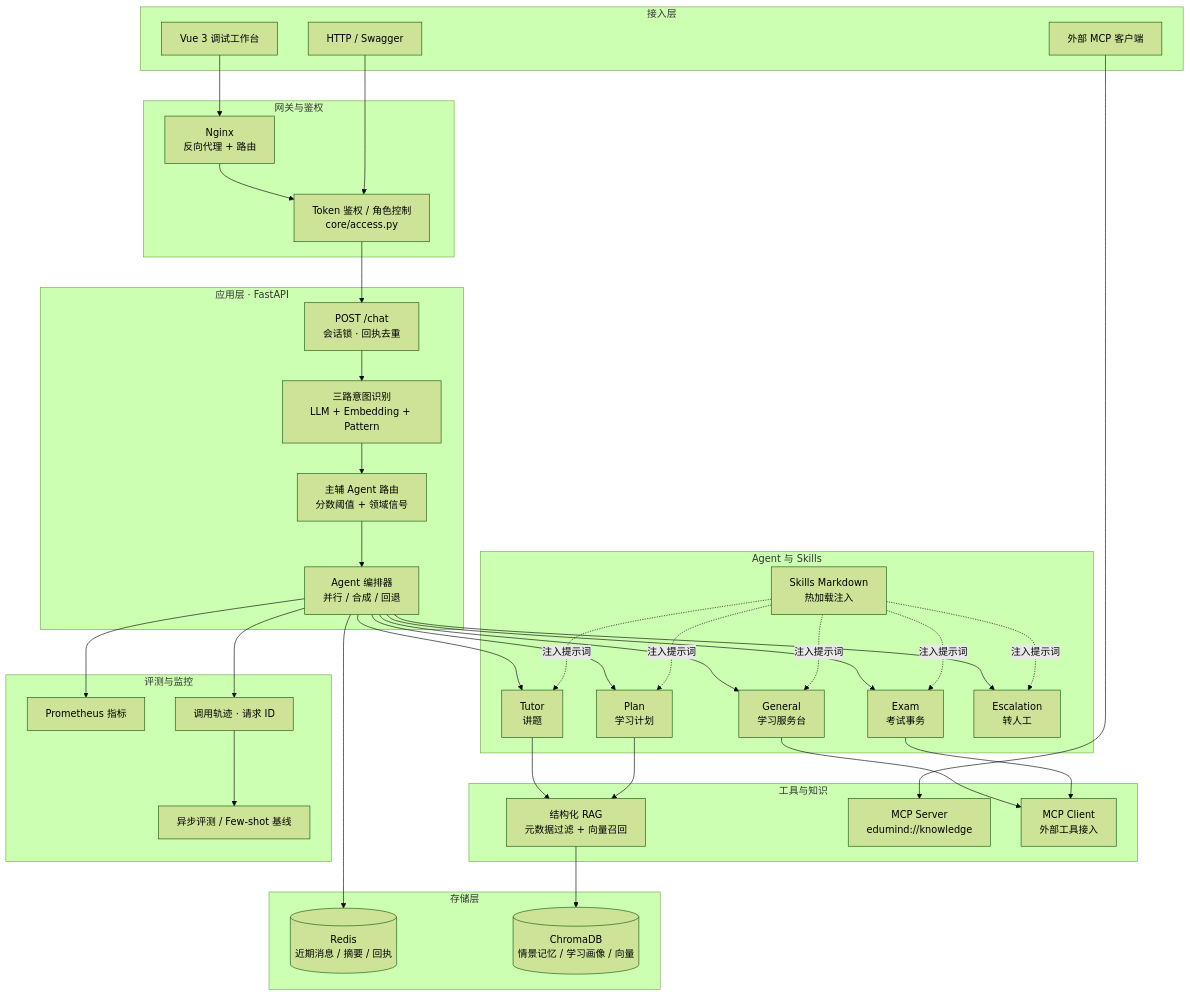
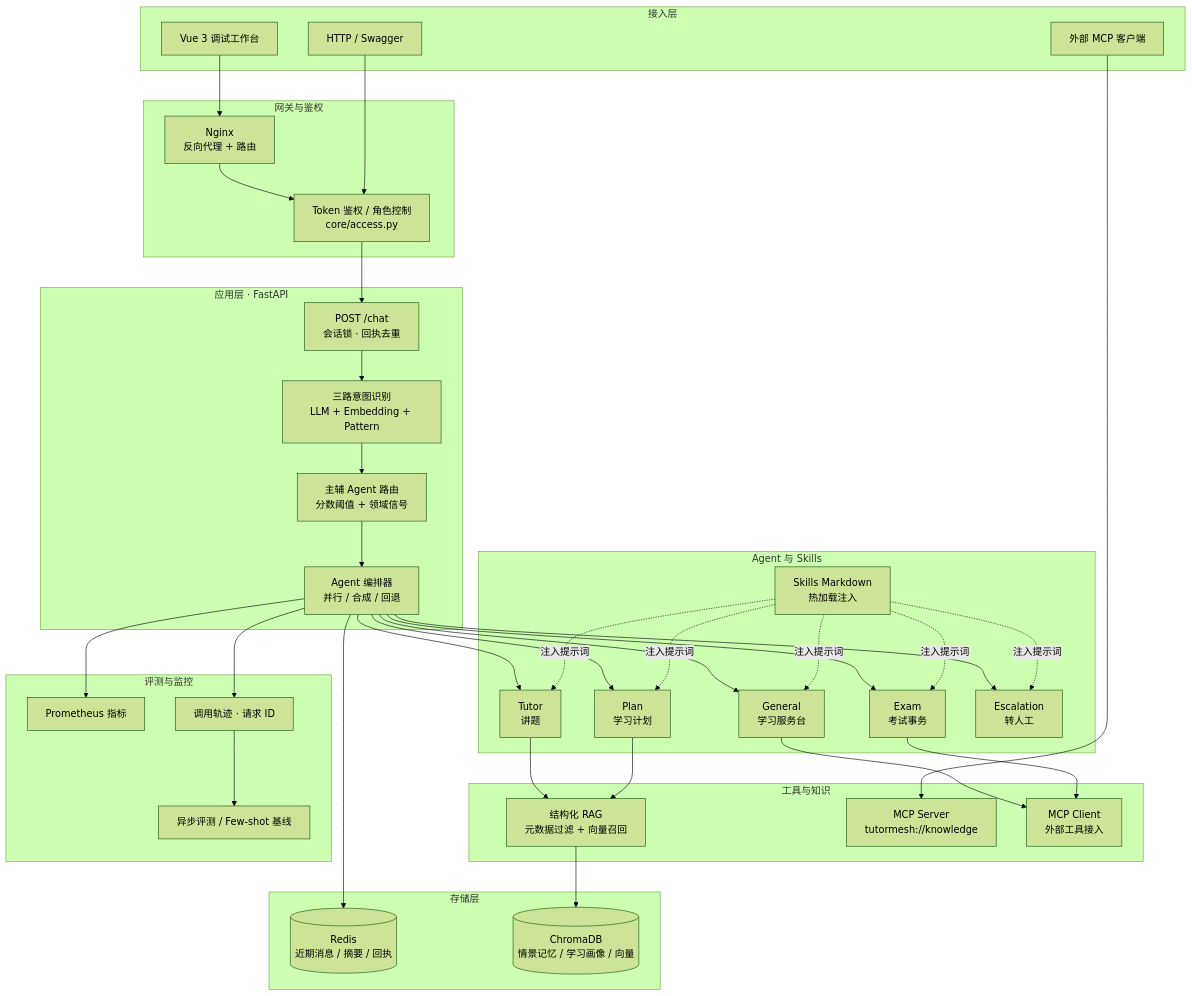
One commit to TaoYu-ds/EduMind changed the diagram in README.md. Above: the diagram before and after it, drawn with Mermaid (forest theme). The commit also changed other lines of this file and 208 other files, not shown here.

````diff
--- a/README.md
+++ b/README.md
@@ -44,60 +44,60 @@
 ```mermaid
 flowchart TB
     subgraph Client["接入层"]
         FE["Vue 3 调试工作台"]
         API_CLIENT["HTTP / Swagger"]
         MCP_CLIENT["外部 MCP 客户端"]
     end
 
     subgraph Gateway["网关与鉴权"]
         NGINX["Nginx<br/>反向代理 + 路由"]
         AUTH["Token 鉴权 / 角色控制<br/>core/access.py"]
     end
 
     subgraph App["应用层 · FastAPI"]
         CHAT["POST /chat<br/>会话锁 · 回执去重"]
         INTENT["三路意图识别<br/>LLM + Embedding + Pattern"]
         ROUTER["主辅 Agent 路由<br/>分数阈值 + 领域信号"]
         ORCH["Agent 编排器<br/>并行 / 合成 / 回退"]
     end
 
     subgraph Agents["Agent 与 Skills"]
         A1["General<br/>学习服务台"]
         A2["Tutor<br/>讲题"]
         A3["Plan<br/>学习计划"]
         A4["Exam<br/>考试事务"]
         A5["Escalation<br/>转人工"]
         SK["Skills Markdown<br/>热加载注入"]
     end
 
     subgraph Tools["工具与知识"]
         RAG["结构化 RAG<br/>元数据过滤 + 向量召回"]
-        MCP_S["MCP Server<br/>edumind://knowledge"]
+        MCP_S["MCP Server<br/>tutormesh://knowledge"]
         MCP_C["MCP Client<br/>外部工具接入"]
     end
 
     subgraph Storage["存储层"]
         REDIS[("Redis<br/>近期消息 / 摘要 / 回执")]
         CHROMA[("ChromaDB<br/>情景记忆 / 学习画像 / 向量")]
     end
 
     subgraph Observe["评测与监控"]
         EVAL["异步评测 / Few-shot 基线"]
         PROM["Prometheus 指标"]
         TRACE["调用轨迹 · 请求 ID"]
     end
 
     FE --> NGINX --> AUTH --> CHAT
     API_CLIENT --> AUTH
     MCP_CLIENT --> MCP_S
     CHAT --> INTENT --> ROUTER --> ORCH
     ORCH --> A1 & A2 & A3 & A4 & A5
     SK -.注入提示词.-> A1 & A2 & A3 & A4 & A5
     A2 & A3 --> RAG
     A1 & A4 --> MCP_C
     RAG --> CHROMA
     ORCH --> REDIS
     ORCH --> TRACE
     TRACE --> EVAL
     ORCH --> PROM
 ```
````
